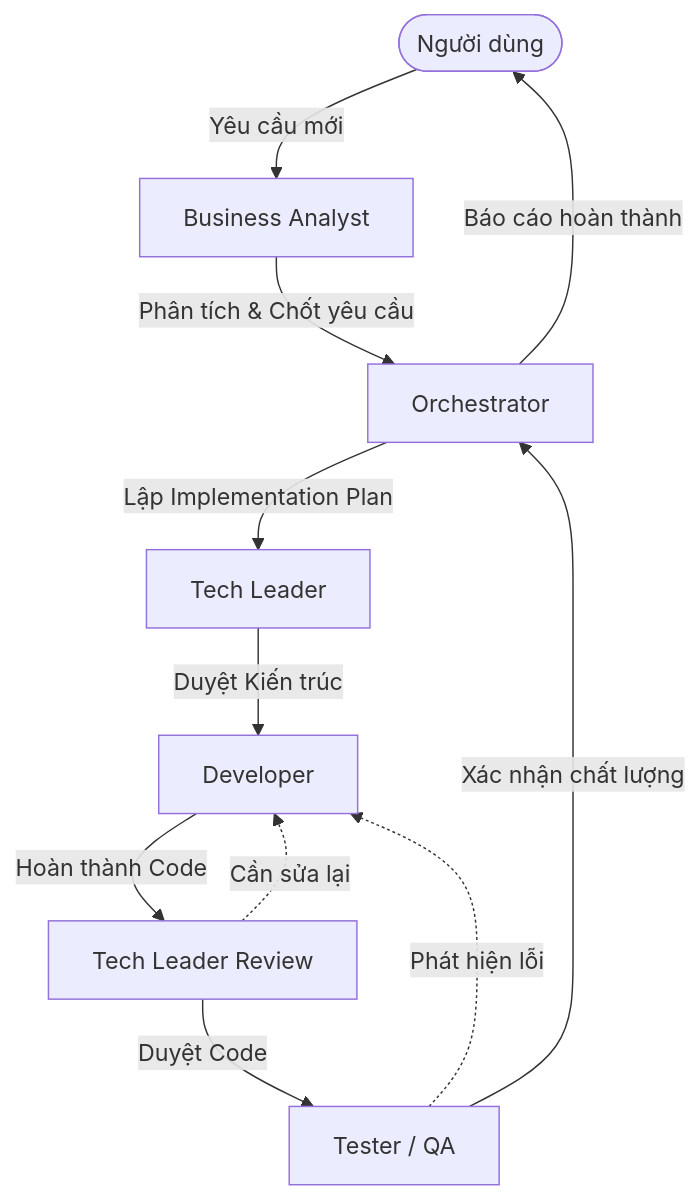
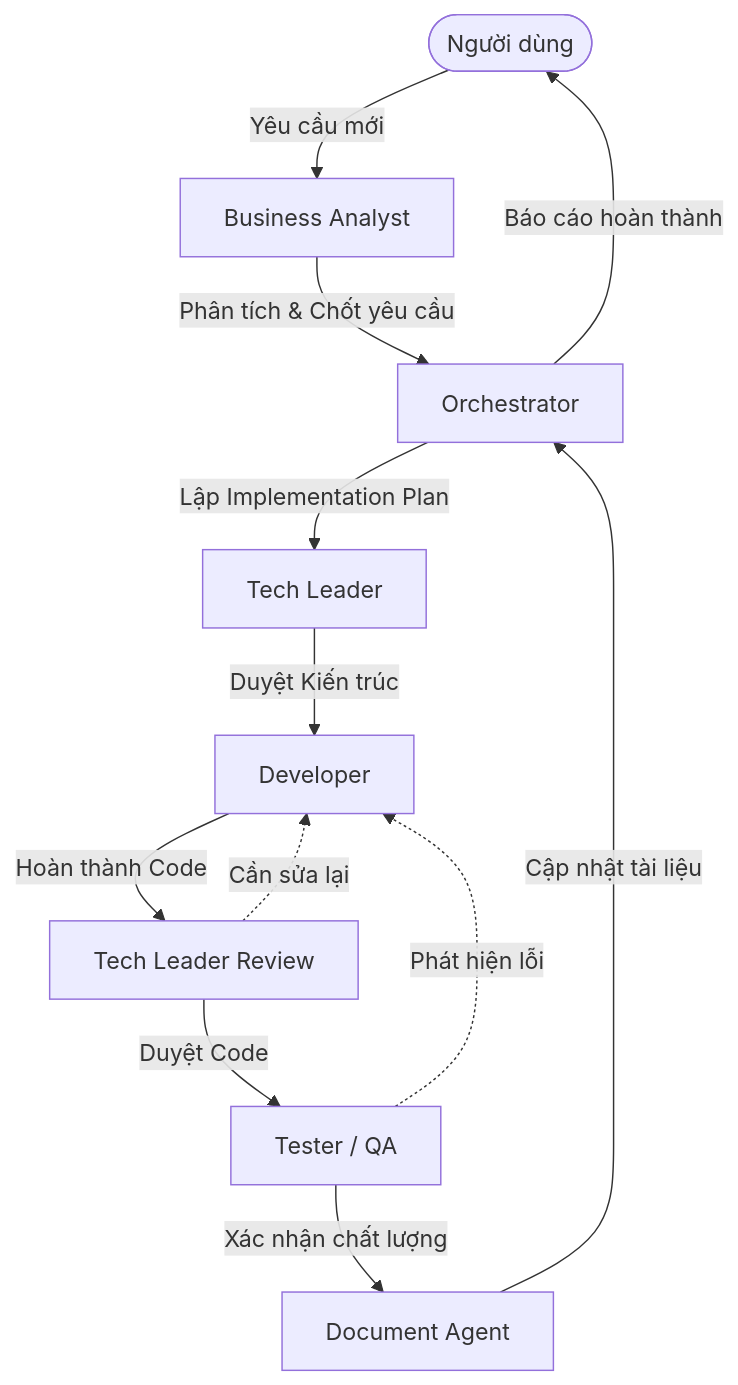
Before and after one commit to songoku14/antigravity-auto-click: the diagram in README.md, drawn with Mermaid. The commit also changed other lines of this file and 8 other files, not shown here.

````diff
--- a/README.md
+++ b/README.md
@@ -58,13 +60,14 @@
 ```mermaid
 graph TD
     User([Người dùng]) -->|Yêu cầu mới| BA[Business Analyst]
     BA -->|Phân tích & Chốt yêu cầu| ORCH[Orchestrator]
     ORCH -->|Lập Implementation Plan| TL[Tech Leader]
     TL -->|Duyệt Kiến trúc| DEV[Developer]
     DEV -->|Hoàn thành Code| TL_REV[Tech Leader Review]
     TL_REV -->|Duyệt Code| QA[Tester / QA]
     TL_REV -.->|Cần sửa lại| DEV
     QA -.->|Phát hiện lỗi| DEV
-    QA -->|Xác nhận chất lượng| ORCH
+    QA -->|Xác nhận chất lượng| DOCS[Document Agent]
+    DOCS -->|Cập nhật tài liệu| ORCH
     ORCH -->|Báo cáo hoàn thành| User
 ```
````
